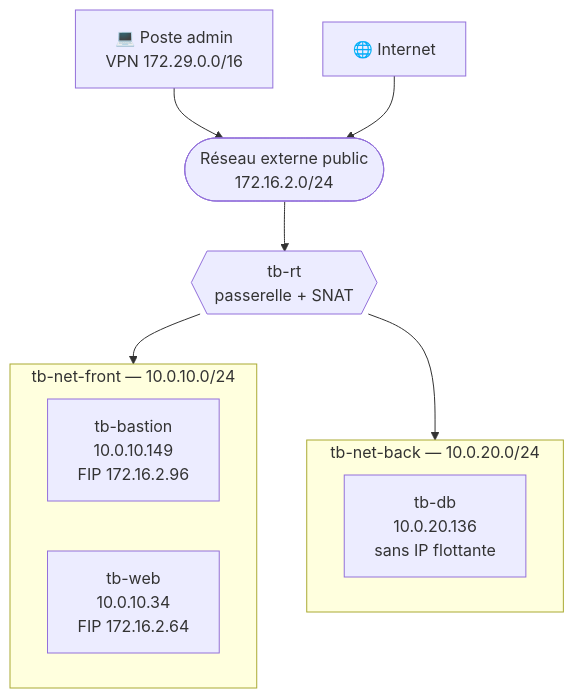
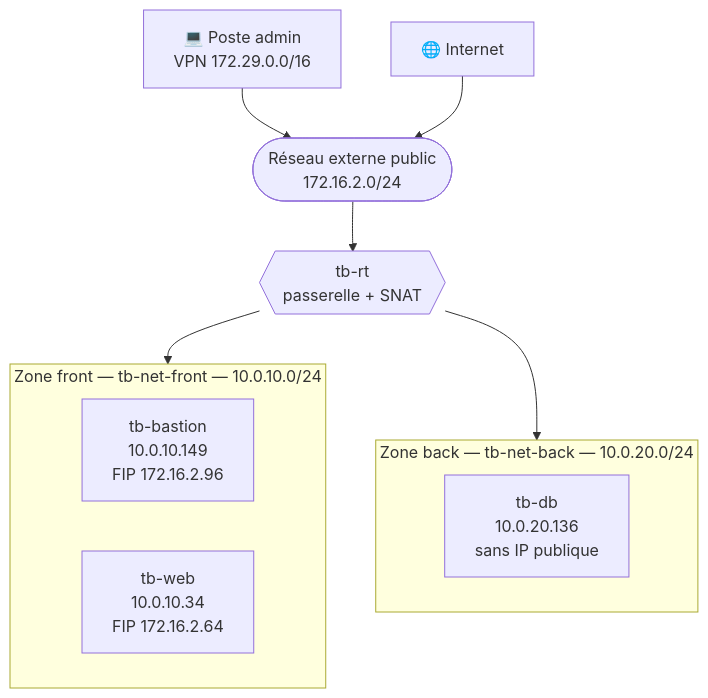
The first of 5 diagrams in README.md (hedjouj/Cloud-OpenStack), drawn with Mermaid before and after one commit. The commit also changed other lines of this file, not shown here.

````diff
--- a/README.md
+++ b/README.md
@@ -92,22 +49,22 @@
 ```mermaid
 flowchart TB
     ADM["💻 Poste admin<br/>VPN 172.29.0.0/16"]
     INET["🌐 Internet"]
     PUB(["Réseau externe public<br/>172.16.2.0/24"])
     RT{{"tb-rt<br/>passerelle + SNAT"}}
 
-    subgraph FRONT["tb-net-front — 10.0.10.0/24"]
+    subgraph FRONT["Zone front — tb-net-front — 10.0.10.0/24"]
         BAS["tb-bastion<br/>10.0.10.149<br/>FIP 172.16.2.96"]
         WEB["tb-web<br/>10.0.10.34<br/>FIP 172.16.2.64"]
     end
 
-    subgraph BACK["tb-net-back — 10.0.20.0/24"]
-        DB["tb-db<br/>10.0.20.136<br/>sans IP flottante"]
+    subgraph BACK["Zone back — tb-net-back — 10.0.20.0/24"]
+        DB["tb-db<br/>10.0.20.136<br/>sans IP publique"]
     end
 
     ADM --> PUB
     INET --> PUB
     PUB --> RT
     RT --> FRONT
     RT --> BACK
 ```
````
